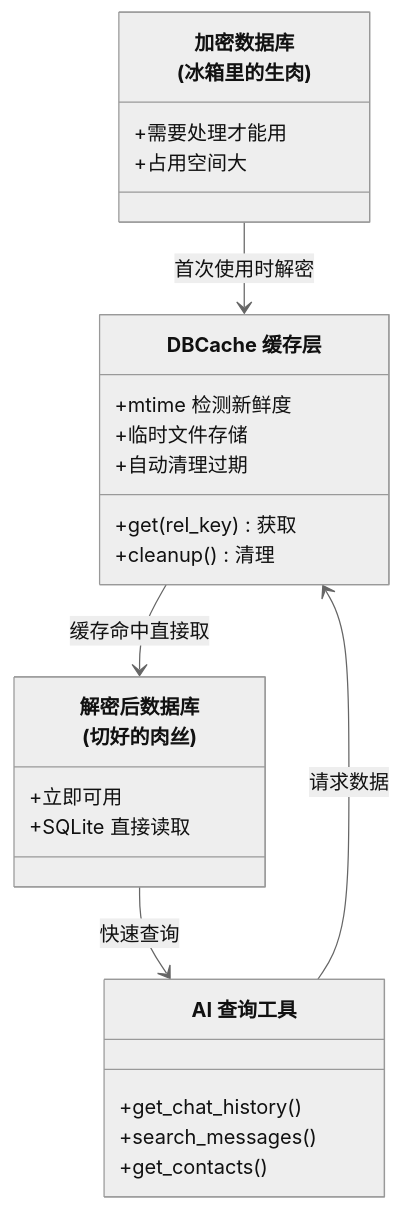
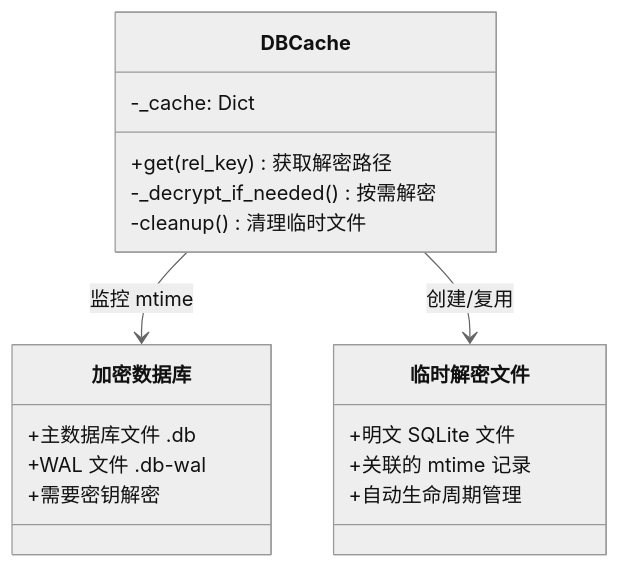
One commit to nerdneilsfield/code-wiki-pages changed the second of 8 diagrams in public/wechat-decrypt/guide-beginners-guide-ai-integration.md. Above: the diagram before and after it, drawn with Mermaid (neutral theme). The commit also changed other lines of this file and 30 other files, not shown here.

````diff
--- a/public/wechat-decrypt/guide-beginners-guide-ai-integration.md
+++ b/public/wechat-decrypt/guide-beginners-guide-ai-integration.md
@@ -51,31 +40,24 @@
 ```mermaid
 classDiagram
-    class 原始食材["加密数据库<br/>(冰箱里的生肉)"] {
-        +需要处理才能用
-        +占用空间大
+    class 加密数据库 {
+        +主数据库文件 .db
+        +WAL 文件 .db-wal
+        +需要密钥解密
     }
     
-    class 备菜台["DBCache 缓存层"] {
-        +mtime 检测新鲜度
-        +临时文件存储
-        +自动清理过期
-        +get(rel_key) 获取
-        +cleanup() 清理
+    class DBCache {
+        -_cache: Dict
+        +get(rel_key) 获取解密路径
+        -_decrypt_if_needed() 按需解密
+        -cleanup() 清理临时文件
     }
     
-    class 成品菜["解密后数据库<br/>(切好的肉丝)"] {
-        +立即可用
-        +SQLite 直接读取
+    class 临时解密文件 {
+        +明文 SQLite 文件
+        +关联的 mtime 记录
+        +自动生命周期管理
     }
     
-    class 厨师["AI 查询工具"] {
-        +get_chat_history()
-        +search_messages()
-        +get_contacts()
-    }
-    
-    原始食材 --> 备菜台 : 首次使用时解密
-    备菜台 --> 成品菜 : 缓存命中直接取
-    成品菜 --> 厨师 : 快速查询
-    厨师 --> 备菜台 : 请求数据
+    DBCache --> 加密数据库 : 监控 mtime
+    DBCache --> 临时解密文件 : 创建/复用
 ```
````
